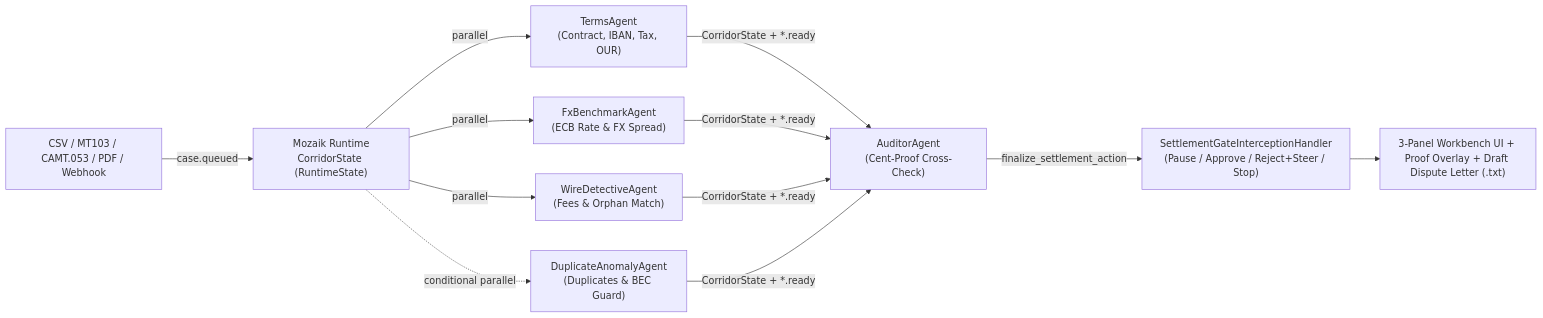
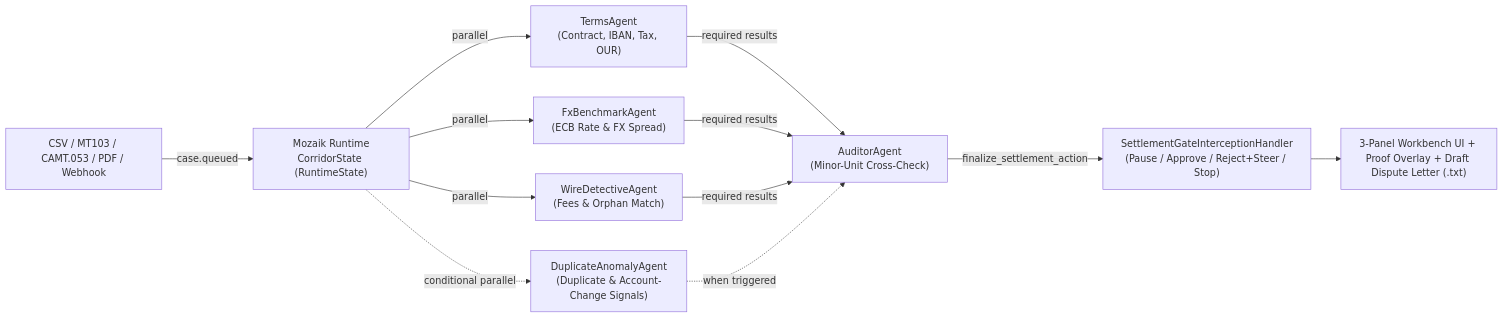
Before and after one commit to sainibhaowal/Corridor-Audit: the diagram in README.md, drawn with Mermaid. The commit also changed other lines of this file and 13 other files, not shown here.

````diff
--- a/README.md
+++ b/README.md
@@ -60,11 +60,12 @@
 ```mermaid
 flowchart LR
     IN["CSV / MT103 / CAMT.053 / PDF / Webhook"] -->|case.queued| BUS["Mozaik Runtime\nCorridorState (RuntimeState)"]
     BUS -->|parallel| A1["TermsAgent\n(Contract, IBAN, Tax, OUR)"]
     BUS -->|parallel| A2["FxBenchmarkAgent\n(ECB Rate & FX Spread)"]
     BUS -->|parallel| A3["WireDetectiveAgent\n(Fees & Orphan Match)"]
-    BUS -.->|conditional parallel| A4["DuplicateAnomalyAgent\n(Duplicates & BEC Guard)"]
-    A1 & A2 & A3 & A4 -->|CorridorState + *.ready| A5["AuditorAgent\n(Cent-Proof Cross-Check)"]
+    BUS -.->|conditional parallel| A4["DuplicateAnomalyAgent\n(Duplicate & Account-Change Signals)"]
+    A1 & A2 & A3 -->|required results| A5["AuditorAgent\n(Minor-Unit Cross-Check)"]
+    A4 -.->|when triggered| A5
     A5 -->|finalize_settlement_action| BP["SettlementGateInterceptionHandler\n(Pause / Approve / Reject+Steer / Stop)"]
     BP --> OUT["3-Panel Workbench UI + Proof Overlay + Draft Dispute Letter (.txt)"]
 ```
````
